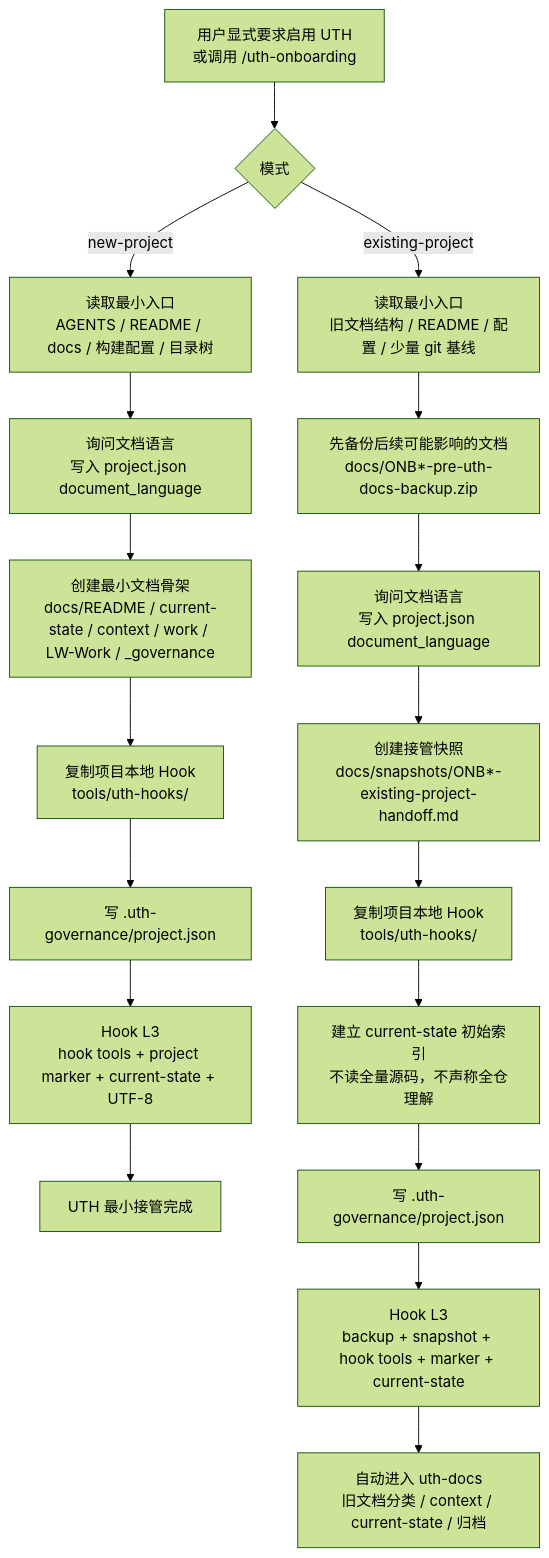
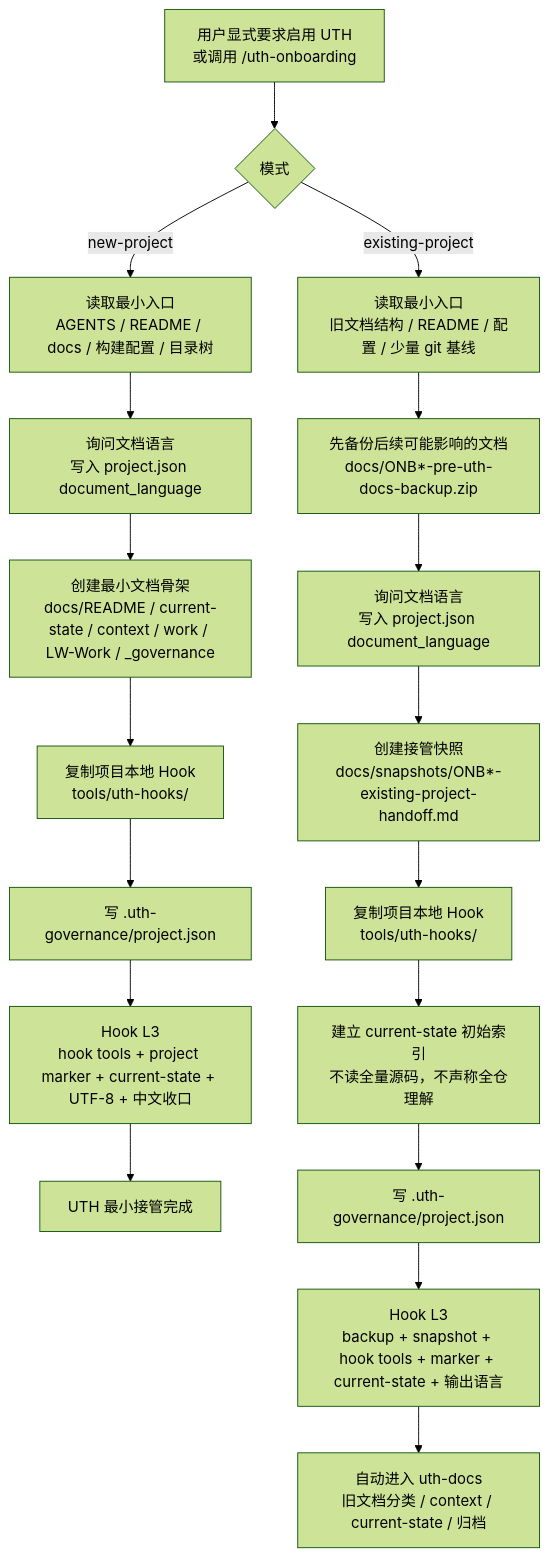
Before and after one commit to undertaker33/uth-governance: the fourth of 13 diagrams in docs/FLOW_全链路流程图.md, drawn with Mermaid (forest theme). The commit also changed other lines of this file and 31 other files, not shown here.

````diff
--- a/docs/FLOW_全链路流程图.md
+++ b/docs/FLOW_全链路流程图.md
@@ -91,22 +91,22 @@
 ```mermaid
 flowchart TD
     A["用户显式要求启用 UTH<br/>或调用 /uth-onboarding"] --> B{"模式"}
     B -- "new-project" --> C["读取最小入口<br/>AGENTS / README / docs / 构建配置 / 目录树"]
     B -- "existing-project" --> D["读取最小入口<br/>旧文档结构 / README / 配置 / 少量 git 基线"]
 
     C --> E0["询问文档语言<br/>写入 project.json document_language"]
     E0 --> E["创建最小文档骨架<br/>docs/README / current-state / context / work / LW-Work / _governance"]
     E --> F["复制项目本地 Hook<br/>tools/uth-hooks/"]
     F --> G["写 .uth-governance/project.json"]
-    G --> H1["Hook L3<br/>hook tools + project marker + current-state + UTF-8"]
+    G --> H1["Hook L3<br/>hook tools + project marker + current-state + UTF-8 + 中文收口"]
     H1 --> H["UTH 最小接管完成"]
 
     D --> I["先备份后续可能影响的文档<br/>docs/ONB*-pre-uth-docs-backup.zip"]
     I --> I0["询问文档语言<br/>写入 project.json document_language"]
     I0 --> J["创建接管快照<br/>docs/snapshots/ONB*-existing-project-handoff.md"]
     J --> K["复制项目本地 Hook<br/>tools/uth-hooks/"]
     K --> L["建立 current-state 初始索引<br/>不读全量源码，不声称全仓理解"]
     L --> M["写 .uth-governance/project.json"]
-    M --> M1["Hook L3<br/>backup + snapshot + hook tools + marker + current-state"]
+    M --> M1["Hook L3<br/>backup + snapshot + hook tools + marker + current-state + 输出语言"]
     M1 --> N["自动进入 uth-docs<br/>旧文档分类 / context / current-state / 归档"]
 ```
````
